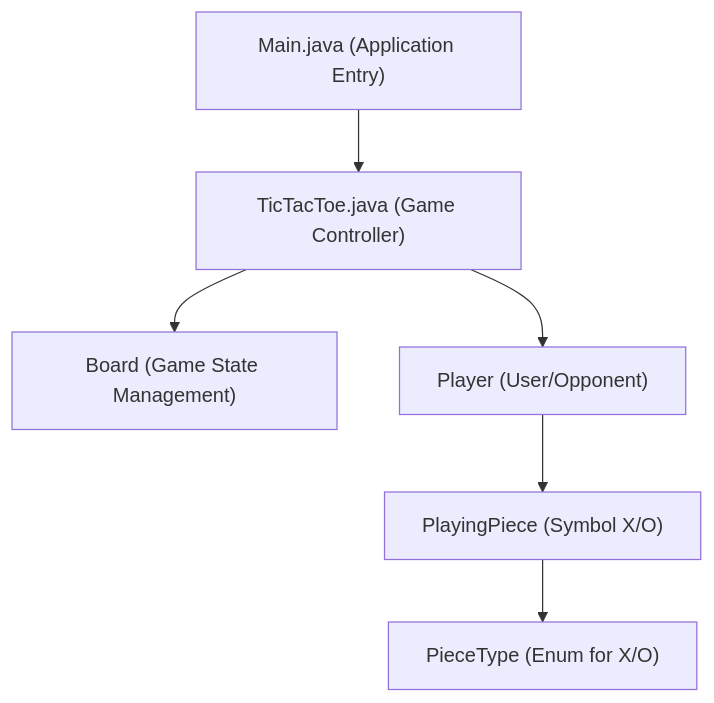
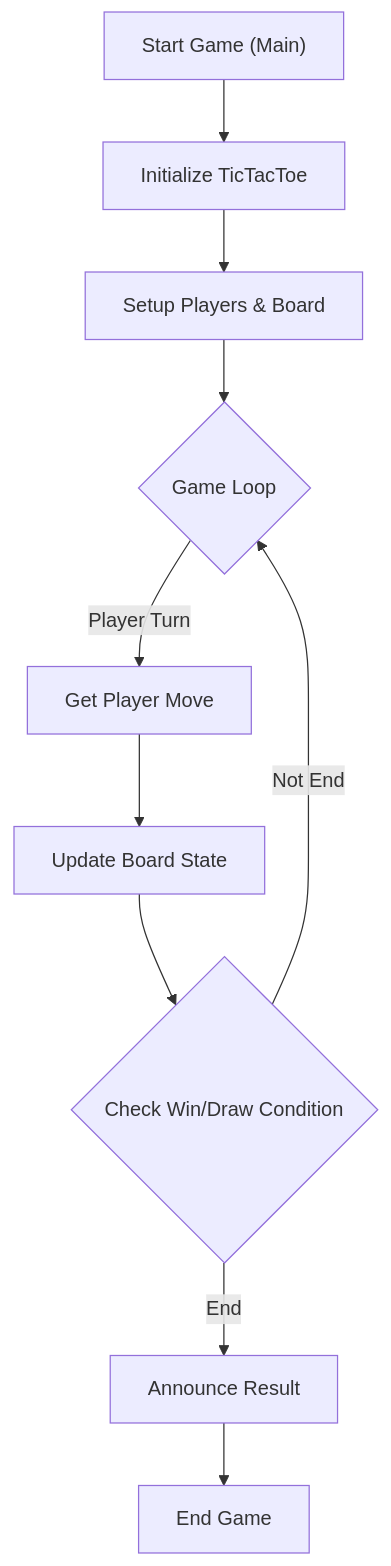
Before and after one commit to grewal16/low_level_design: the diagram in README.md, drawn with Mermaid. The commit also changed other lines of this file, not shown here.

````diff
--- a/README.md
+++ b/README.md
@@ -46,8 +36,12 @@
 ```mermaid
 graph TD
-    A["Main.java (Application Entry)"] --> B["TicTacToe.java (Game Controller)"];
-    B --> C["Board (Game State Management)"];
-    B --> D["Player (User/Opponent)"];
-    D --> E["PlayingPiece (Symbol X/O)"];
-    E --> F["PieceType (Enum for X/O)"];
+    A["Start Game (Main)"] --> B["Initialize TicTacToe"];
+    B --> C["Setup Players & Board"];
+    C --> D{"Game Loop"};
+    D -- Player Turn --> E["Get Player Move"];
+    E --> F["Update Board State"];
+    F --> G{"Check Win/Draw Condition"};
+    G -- Not End --> D;
+    G -- End --> H["Announce Result"];
+    H --> I["End Game"];
 ```
````
